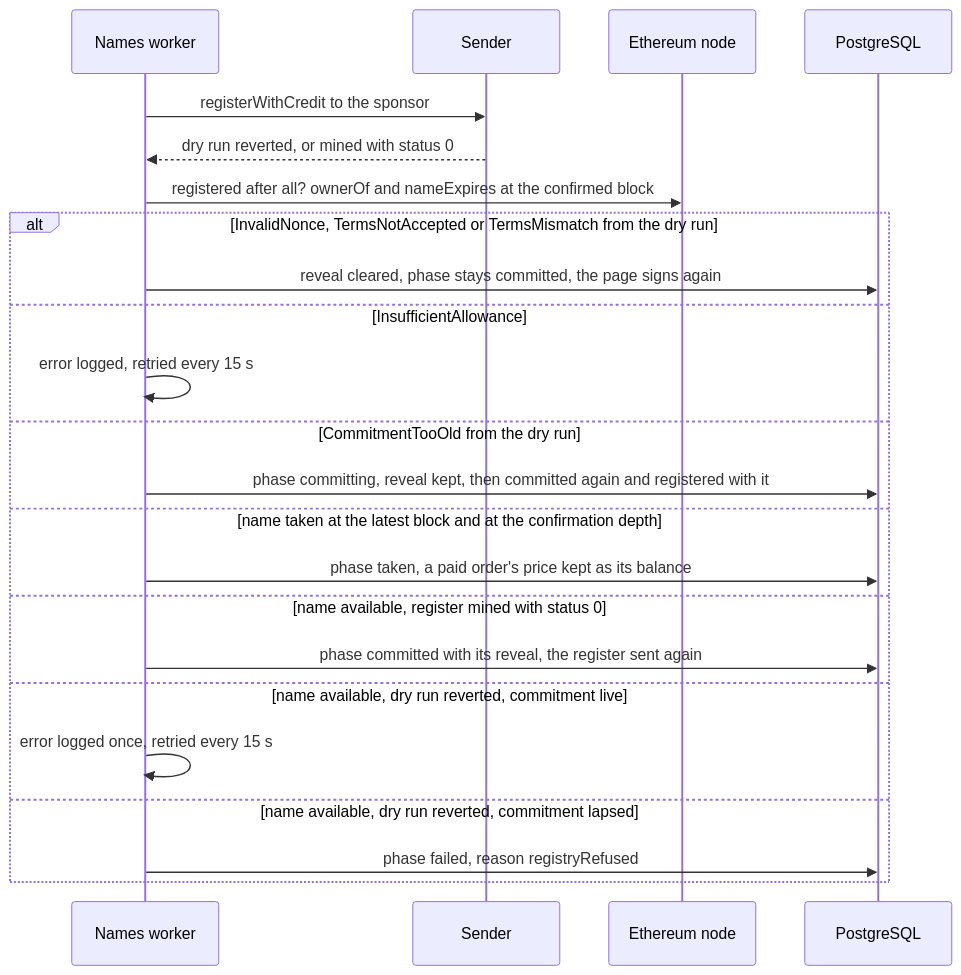
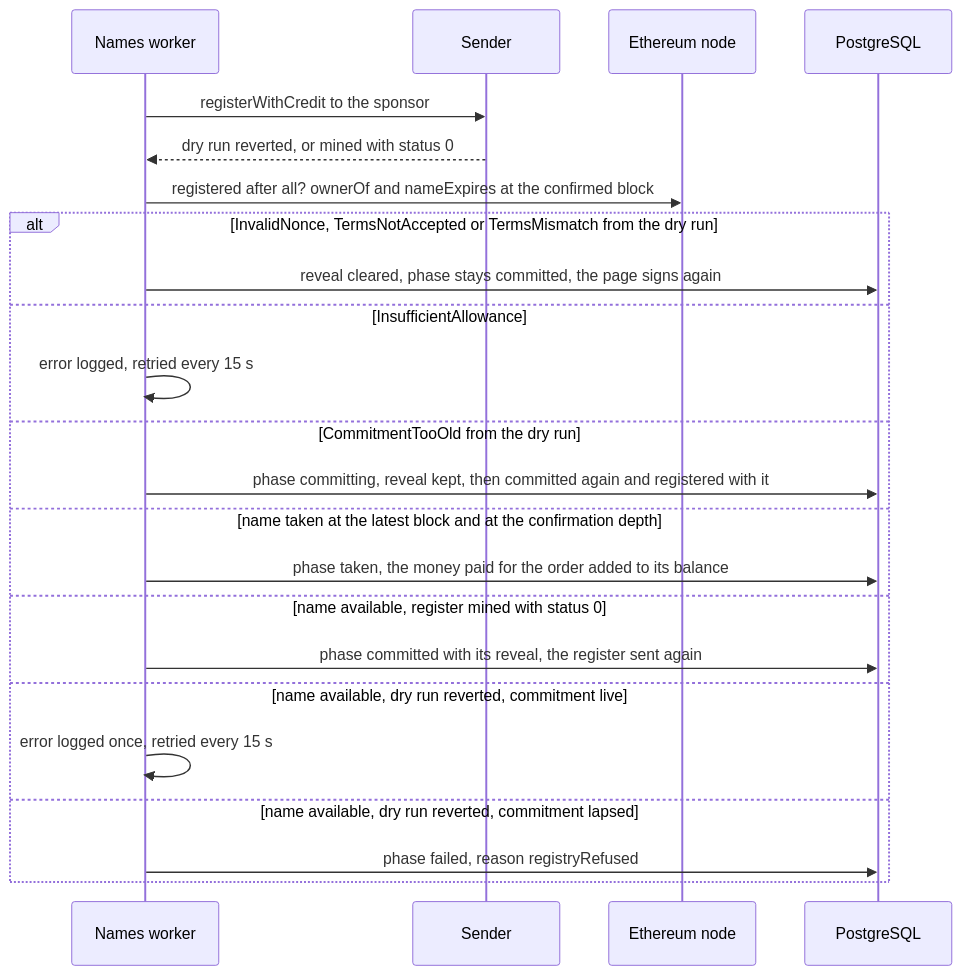
One commit to simplex-chat/simplex-chat changed the sixth of 14 diagrams in apps/simplex-store-service/docs/names.md. Above: the diagram before and after it, drawn with Mermaid. The commit also changed other lines of this file and 9 other files, not shown here.

Commit message:
names: a signature_refused order cannot move; texts say money is added

````diff
--- a/apps/simplex-store-service/docs/names.md
+++ b/apps/simplex-store-service/docs/names.md
@@ -344,25 +344,25 @@
 ```mermaid
 sequenceDiagram
   participant K as Names worker
   participant S as Sender
   participant E as Ethereum node
   participant D as PostgreSQL
   K->>S: registerWithCredit to the sponsor
   S-->>K: dry run reverted, or mined with status 0
   K->>E: registered after all? ownerOf and nameExpires at the confirmed block
   alt InvalidNonce, TermsNotAccepted or TermsMismatch from the dry run
     K->>D: reveal cleared, phase stays committed, the page signs again
   else InsufficientAllowance
     K->>K: error logged, retried every 15 s
   else CommitmentTooOld from the dry run
     K->>D: phase committing, reveal kept, then committed again and registered with it
   else name taken at the latest block and at the confirmation depth
-    K->>D: phase taken, a paid order's price kept as its balance
+    K->>D: phase taken, the money paid for the order added to its balance
   else name available, register mined with status 0
     K->>D: phase committed with its reveal, the register sent again
   else name available, dry run reverted, commitment live
     K->>K: error logged once, retried every 15 s
   else name available, dry run reverted, commitment lapsed
     K->>D: phase failed, reason registryRefused
   end
 ```
````
